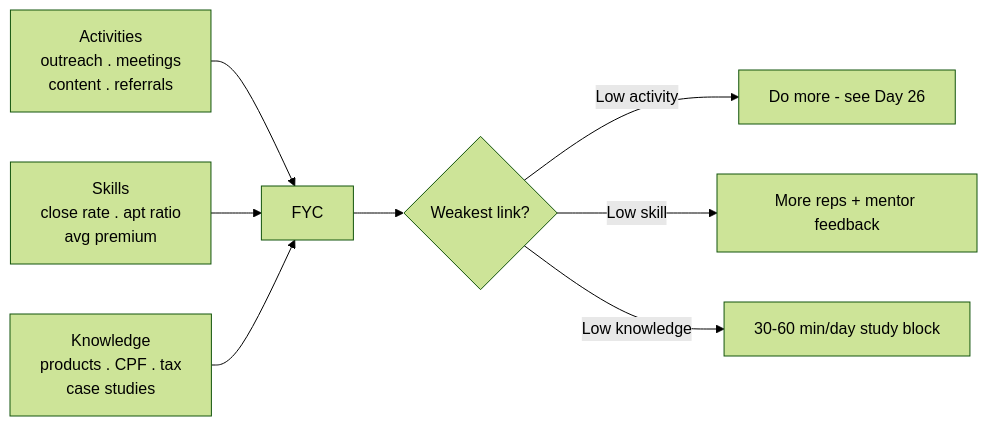
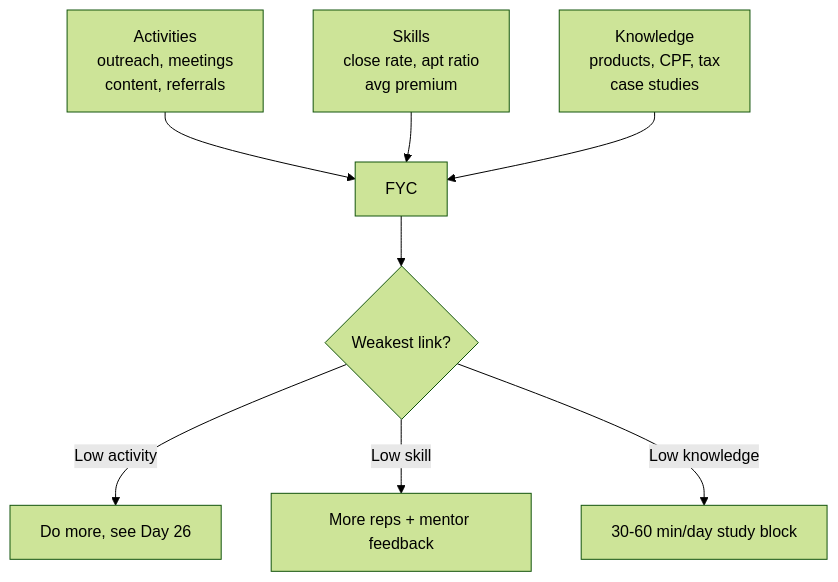
The first of 2 diagrams in docs/first-60-days/week-5/day-27.md (leotansingapore/aia-product-compass-hub), drawn with Mermaid (forest theme) before and after one commit. The commit also changed other lines of this file and 56 other files, not shown here.

Commit message:
Readability pass across first-60-days: styled HTML to tables/diagrams, cleaner formatting, no leaked metadata

````diff
--- a/docs/first-60-days/week-5/day-27.md
+++ b/docs/first-60-days/week-5/day-27.md
@@ -33,10 +33,10 @@
 ```mermaid
-flowchart LR
-    A["Activities<br/>outreach . meetings<br/>content . referrals"] --> FYC["FYC"]
-    B["Skills<br/>close rate . apt ratio<br/>avg premium"] --> FYC
-    C["Knowledge<br/>products . CPF . tax<br/>case studies"] --> FYC
+flowchart TD
+    A["Activities<br/>outreach, meetings<br/>content, referrals"] --> FYC["FYC"]
+    B["Skills<br/>close rate, apt ratio<br/>avg premium"] --> FYC
+    C["Knowledge<br/>products, CPF, tax<br/>case studies"] --> FYC
     FYC --> D{"Weakest link?"}
-    D -- "Low activity" --> E["Do more - see Day 26"]
-    D -- "Low skill" --> F["More reps + mentor feedback"]
-    D -- "Low knowledge" --> G["30-60 min/day study block"]
+    D -->|"Low activity"| E["Do more, see Day 26"]
+    D -->|"Low skill"| F["More reps + mentor feedback"]
+    D -->|"Low knowledge"| G["30-60 min/day study block"]
 ```
````
